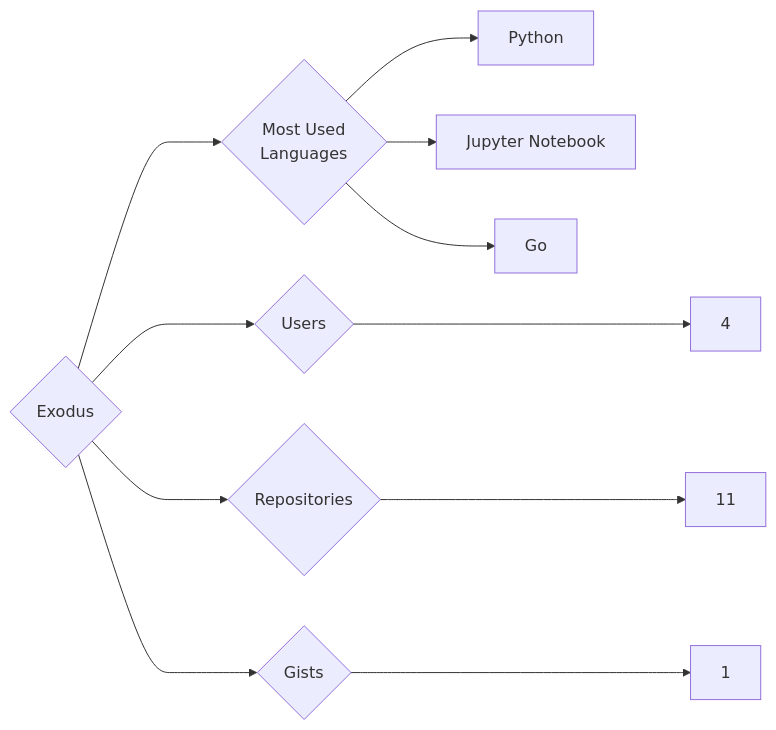
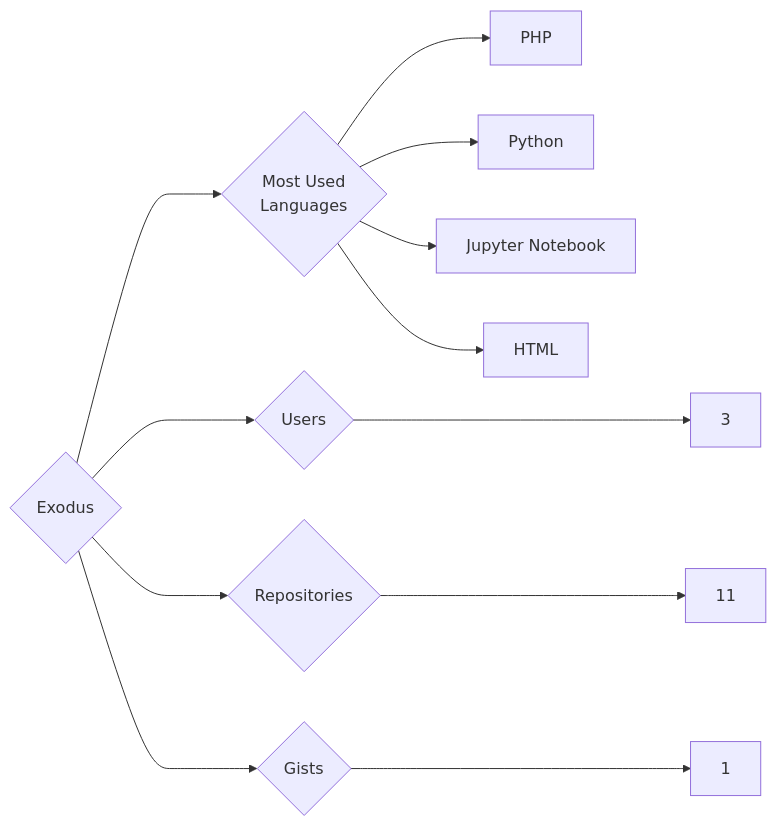
Before and after one commit to trickest/insiders: the diagram in targets/Exodus/README.md, drawn with Mermaid. The commit also changed 1084 other files, not shown here.

````diff
--- a/targets/Exodus/README.md
+++ b/targets/Exodus/README.md
@@ -3,11 +3,12 @@
 ```mermaid
 graph LR
 COMPANY_NAME{Exodus}
-COMPANY_NAME ---> U{Users} ---> UN[4]
+COMPANY_NAME ---> U{Users} ---> UN[3]
 COMPANY_NAME ---> R{Repositories} ---> RN[11]
 COMPANY_NAME ---> G{Gists} ---> GN[1]
 COMPANY_NAME ---> ML{Most Used<br>Languages}
+ML --> PHP[PHP]
 ML --> Python[Python]
 ML --> Jupyter_Notebook[Jupyter Notebook]
-ML --> Go[Go]
+ML --> HTML[HTML]
 ```
````
